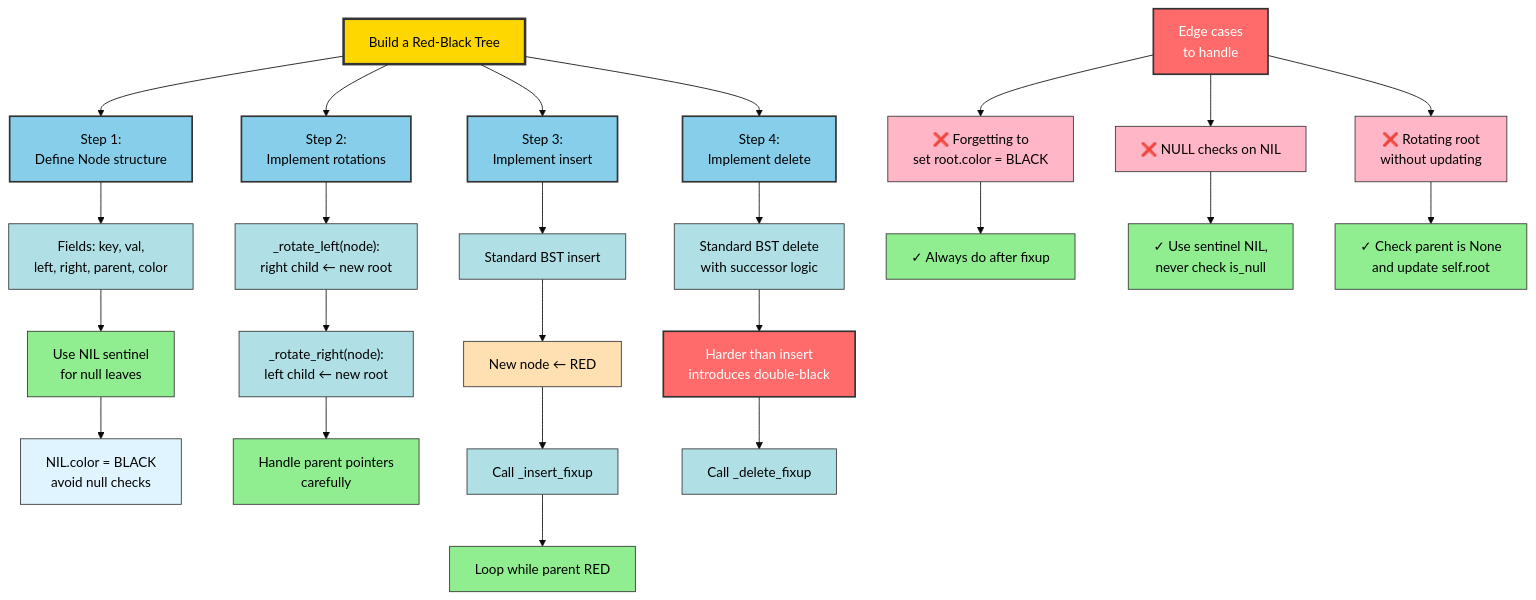
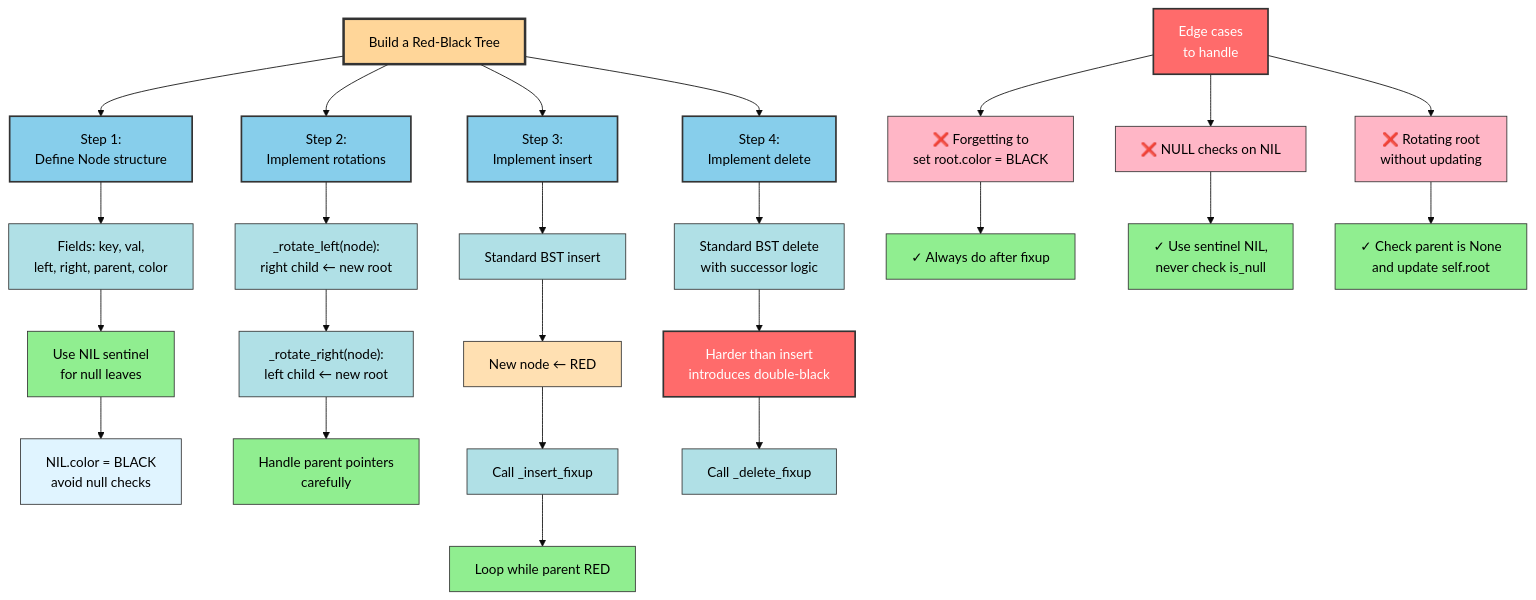
One commit to souradeepta/interviewprep changed the sixth of 7 diagrams in docs/new_ds/red_black_tree.md. Above: the diagram before and after it, drawn with Mermaid (base theme). The commit also changed other lines of this file and 31 other files, not shown here.

Commit message:
updated graphs

````diff
--- a/docs/new_ds/red_black_tree.md
+++ b/docs/new_ds/red_black_tree.md
@@ -194,43 +194,43 @@
 ```mermaid
 graph TD
     A["Build a Red-Black Tree"]:::goal
     
     A --> B["Step 1:<br/>Define Node structure"]:::step
     B --> B1["Fields: key, val,<br/>left, right, parent, color"]:::impl
     B1 --> B2["Use NIL sentinel<br/>for null leaves"]:::best
     B2 --> B3["NIL.color = BLACK<br/>avoid null checks"]:::detail
     
     A --> C["Step 2:<br/>Implement rotations"]:::step
     C --> C1["_rotate_left(node):<br/>right child ← new root"]:::impl
     C1 --> C2["_rotate_right(node):<br/>left child ← new root"]:::impl
     C2 --> C3["Handle parent pointers<br/>carefully"]:::best
     
     A --> D["Step 3:<br/>Implement insert"]:::step
     D --> D1["Standard BST insert"]:::impl
     D1 --> D2["New node ← RED"]:::key
     D2 --> D3["Call _insert_fixup"]:::impl
     D3 --> D4["Loop while parent RED"]:::best
     
     A --> E["Step 4:<br/>Implement delete"]:::step
     E --> E1["Standard BST delete<br/>with successor logic"]:::impl
     E1 --> E2["Harder than insert<br/>introduces double-black"]:::warning
     E2 --> E3["Call _delete_fixup"]:::impl
     
     F["Edge cases<br/>to handle"]:::warning
     F --> F1["❌ Forgetting to<br/>set root.color = BLACK"]:::bug
     F1 --> F1a["✓ Always do after fixup"]:::fix
     F --> F2["❌ NULL checks on NIL"]:::bug
     F2 --> F2a["✓ Use sentinel NIL,<br/>never check is_null"]:::fix
     F --> F3["❌ Rotating root<br/>without updating"]:::bug
     F3 --> F3a["✓ Check parent is None<br/>and update self.root"]:::fix
     
-    classDef goal fill:#FFD700,stroke:#333,stroke-width:3px,color:#000
+    classDef goal fill:#ffd699,color:#000,stroke:#333,stroke-width:2px,stroke:#333,stroke-width:3px,color:#000
     classDef step fill:#87CEEB,stroke:#333,stroke-width:2px,color:#000
     classDef impl fill:#B0E0E6,stroke:#333,stroke-width:1px,color:#000
-    classDef best fill:#90EE90,stroke:#333,stroke-width:1px,color:#000
+    classDef best fill:#90ee90,color:#000,stroke:#333,stroke-width:2px,stroke:#333,stroke-width:1px,color:#000
     classDef detail fill:#E0F4FF,stroke:#333,stroke-width:1px,color:#000
     classDef key fill:#FFE0B2,stroke:#333,stroke-width:1px,color:#000
     classDef warning fill:#FF6B6B,stroke:#333,stroke-width:2px,color:#fff
     classDef bug fill:#FFB6C6,stroke:#333,stroke-width:1px,color:#000
-    classDef fix fill:#90EE90,stroke:#333,stroke-width:1px,color:#000
+    classDef fix fill:#90ee90,color:#000,stroke:#333,stroke-width:2px,stroke:#333,stroke-width:1px,color:#000
 ```
````
